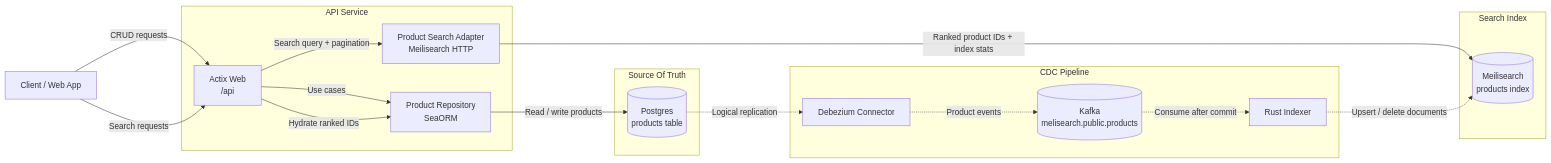
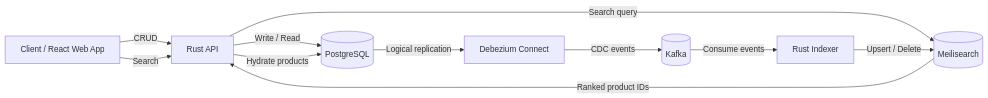
One commit to nathan2slime/melisearch-cdc changed the diagram in README.md. Above: the diagram before and after it, drawn with Mermaid. The commit also changed other lines of this file and 45 other files, not shown here.

````diff
--- a/README.md
+++ b/README.md
@@ -35,37 +11,23 @@
 ```mermaid
 flowchart LR
-  client[Client / Web App]
+    Client[Client / React Web App]
+    API[Rust API]
+    Postgres[(PostgreSQL)]
+    Debezium[Debezium Connect]
+    Kafka[(Kafka)]
+    Indexer[Rust Indexer]
+    Meili[(Meilisearch)]
 
-  subgraph service[API Service]
-    api[Actix Web<br/>/api]
-    repo[Product Repository<br/>SeaORM]
-    search[Product Search Adapter<br/>Meilisearch HTTP]
-  end
+    Client -->|CRUD| API
+    Client -->|Search| API
 
-  subgraph storage[Source Of Truth]
-    pg[(Postgres<br/>products table)]
-  end
+    API -->|Write / Read| Postgres
+    API -->|Search query| Meili
+    Meili -->|Ranked product IDs| API
+    API -->|Hydrate products| Postgres
 
-  subgraph cdc[CDC Pipeline]
-    debezium[Debezium Connector]
-    kafka[(Kafka<br/>melisearch.public.products)]
-    indexer[Rust Indexer]
-  end
-
-  subgraph index[Search Index]
-    meili[(Meilisearch<br/>products index)]
-  end
-
-  client -->|CRUD requests| api
-  client -->|Search requests| api
-  api -->|Use cases| repo
-  api -->|Search query + pagination| search
-  repo -->|Read / write products| pg
-  search -->|Ranked product IDs + index stats| meili
-  api -->|Hydrate ranked IDs| repo
-
-  pg -.->|Logical replication| debezium
-  debezium -.->|Product events| kafka
-  kafka -.->|Consume after commit| indexer
-  indexer -.->|Upsert / delete documents| meili
+    Postgres -->|Logical replication| Debezium
+    Debezium -->|CDC events| Kafka
+    Kafka -->|Consume events| Indexer
+    Indexer -->|Upsert / Delete| Meili
 ```
````
